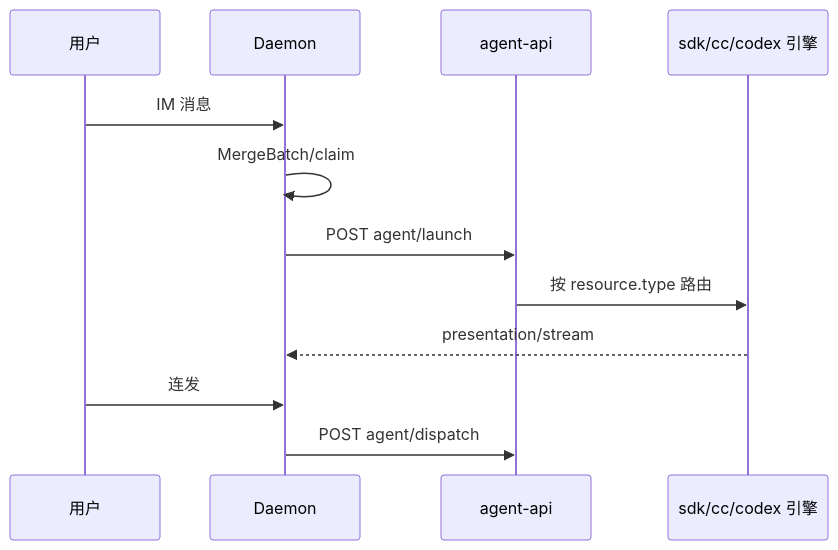
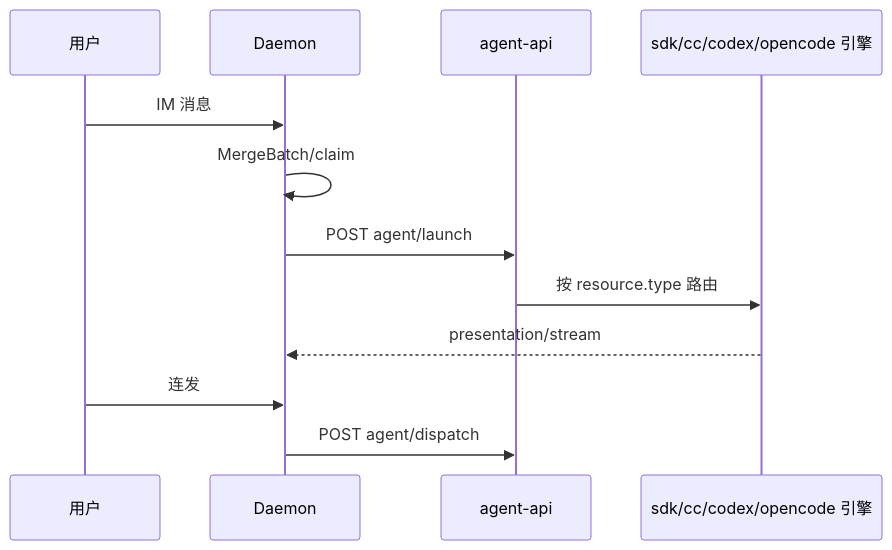
Before and after one commit to suveng/cursor-claw: the diagram in knowledge/业务域/Agent调度/02-多会话模型.md, drawn with Mermaid. The commit also changed other lines of this file and 42 other files, not shown here.

````diff
--- a/knowledge/业务域/Agent调度/02-多会话模型.md
+++ b/knowledge/业务域/Agent调度/02-多会话模型.md
@@ -29,14 +29,14 @@
 ```mermaid
 sequenceDiagram
   participant U as 用户
   participant D as Daemon
   participant A as agent-api
-  participant E as sdk/cc/codex 引擎
+  participant E as sdk/cc/codex/opencode 引擎
   U->>D: IM 消息
   D->>D: MergeBatch/claim
   D->>A: POST agent/launch
   A->>E: 按 resource.type 路由
   E-->>D: presentation/stream
   U->>D: 连发
   D->>A: POST agent/dispatch
 ```
````
